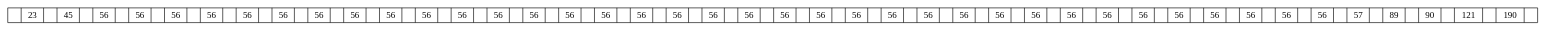
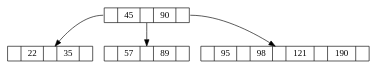
One commit to Fxhnd13/ProyectoFinalEstructuraDeDatos changed the diagram in build/classes/Images/arbol.dot. Above: the diagram before and after it, drawn with Graphviz. The commit also changed 9 other files, not shown here.

```diff
--- a/build/classes/Images/arbol.dot
+++ b/build/classes/Images/arbol.dot
@@ -1,4 +1,10 @@
 digraph{
 node [shape = record, height=.1];
-nodo0[label="<nodo1>|<nodo2>23|<nodo3>|<nodo4>45|<nodo5>|<nodo6>56|<nodo7>|<nodo8>56|<nodo9>|<nodo10>56|<nodo11>|<nodo12>56|<nodo13>|<nodo14>56|<nodo15>|<nodo16>56|<nodo17>|<nodo18>56|<nodo19>|<nodo20>56|<nodo21>|<nodo22>56|<nodo23>|<nodo24>56|<nodo25>|<nodo26>56|<nodo27>|<nodo28>56|<nodo29>|<nodo30>56|<nodo31>|<nodo32>56|<nodo33>|<nodo34>56|<nodo35>|<nodo36>56|<nodo37>|<nodo38>56|<nodo39>|<nodo40>56|<nodo41>|<nodo42>56|<nodo43>|<nodo44>56|<nodo45>|<nodo46>56|<nodo47>|<nodo48>56|<nodo49>|<nodo50>56|<nodo51>|<nodo52>56|<nodo53>|<nodo54>56|<nodo55>|<nodo56>56|<nodo57>|<nodo58>56|<nodo59>|<nodo60>56|<nodo61>|<nodo62>56|<nodo63>|<nodo64>56|<nodo65>|<nodo66>56|<nodo67>|<nodo68>56|<nodo69>|<nodo70>56|<nodo71>|<nodo72>56|<nodo73>|<nodo74>56|<nodo75>|<nodo76>57|<nodo77>|<nodo78>89|<nodo79>|<nodo80>90|<nodo81>|<nodo82>121|<nodo83>|<nodo84>190|<nodo85>"];
+nodo0[label="<nodo1>|<nodo2>45|<nodo3>|<nodo4>90|<nodo5>"];
+"nodo0":nodo1 -> nodo6;
+nodo6[label="<nodo7>|<nodo8>22|<nodo9>|<nodo10>35|<nodo11>"];
+"nodo0":nodo3 -> nodo12;
+nodo12[label="<nodo13>|<nodo14>57|<nodo15>|<nodo16>89|<nodo17>"];
+"nodo0":nodo5 -> nodo18;
+nodo18[label="<nodo19>|<nodo20>95|<nodo21>|<nodo22>98|<nodo23>|<nodo24>121|<nodo25>|<nodo26>190|<nodo27>"];
 }
```
